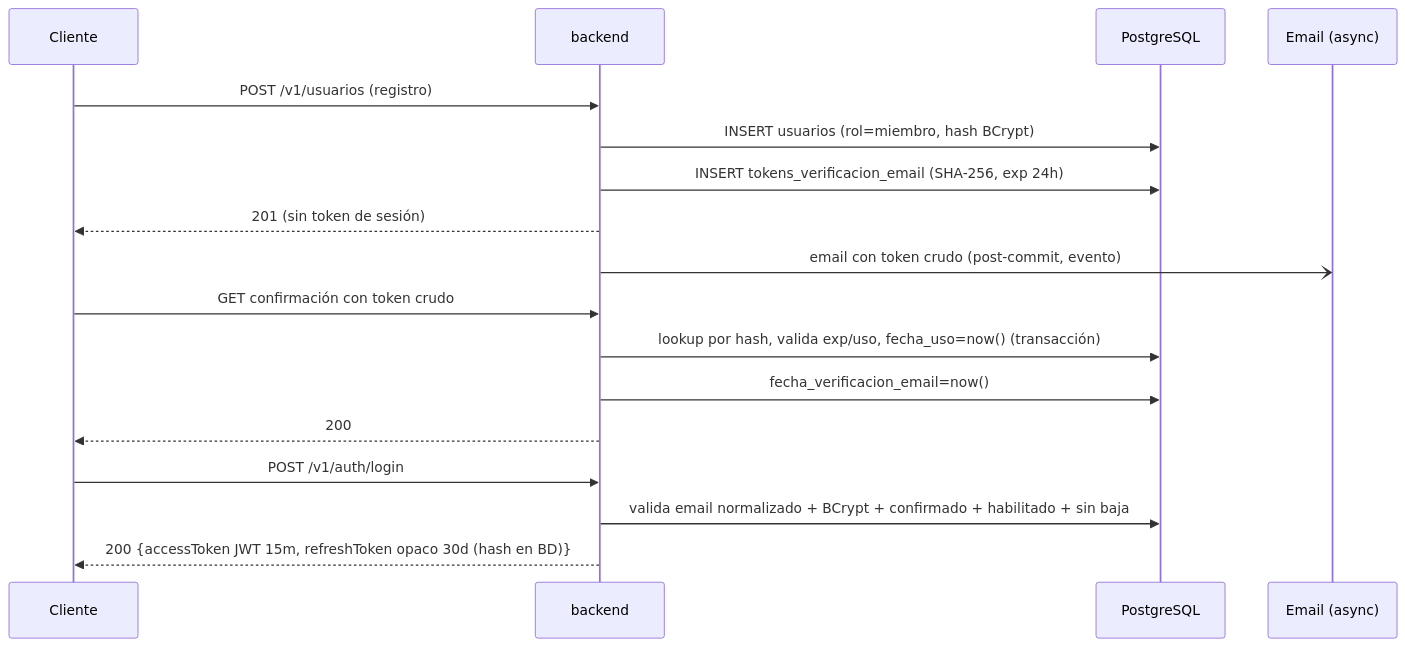
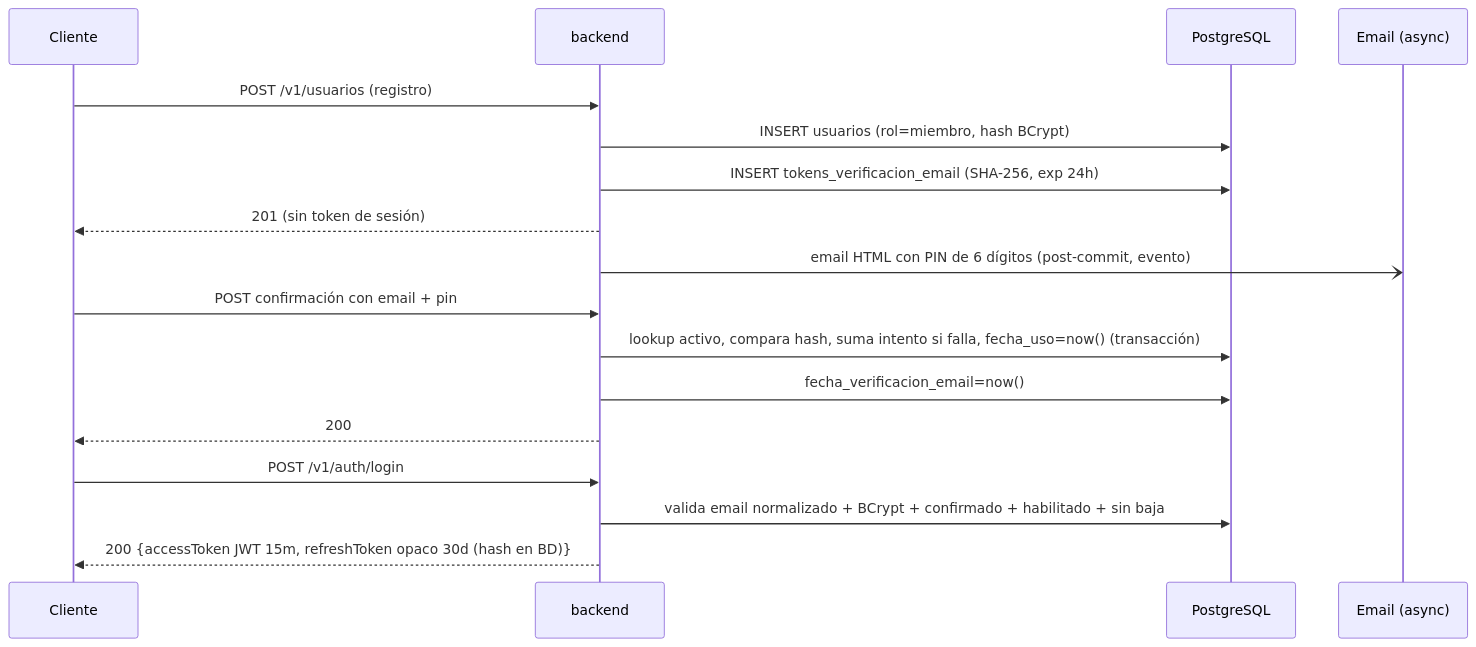
Before and after one commit to vekzz-dev/uni-market-api: the first of 2 diagrams in docs/system-design.md, drawn with Mermaid. The commit also changed 8 other files, not shown here.

````diff
--- a/docs/system-design.md
+++ b/docs/system-design.md
@@ -90,20 +90,20 @@
 ```mermaid
 sequenceDiagram
     participant C as Cliente
     participant API as backend
     participant DB as PostgreSQL
     participant M as Email (async)
 
     C->>API: POST /v1/usuarios (registro)
     API->>DB: INSERT usuarios (rol=miembro, hash BCrypt)
     API->>DB: INSERT tokens_verificacion_email (SHA-256, exp 24h)
     API-->>C: 201 (sin token de sesión)
-    API-)M: email con token crudo (post-commit, evento)
-    C->>API: GET confirmación con token crudo
-    API->>DB: lookup por hash, valida exp/uso, fecha_uso=now() (transacción)
+    API-)M: email HTML con PIN de 6 dígitos (post-commit, evento)
+    C->>API: POST confirmación con email + pin
+    API->>DB: lookup activo, compara hash, suma intento si falla, fecha_uso=now() (transacción)
     API->>DB: fecha_verificacion_email=now()
     API-->>C: 200
     C->>API: POST /v1/auth/login
     API->>DB: valida email normalizado + BCrypt + confirmado + habilitado + sin baja
     API-->>C: 200 {accessToken JWT 15m, refreshToken opaco 30d (hash en BD)}
 ```
````
